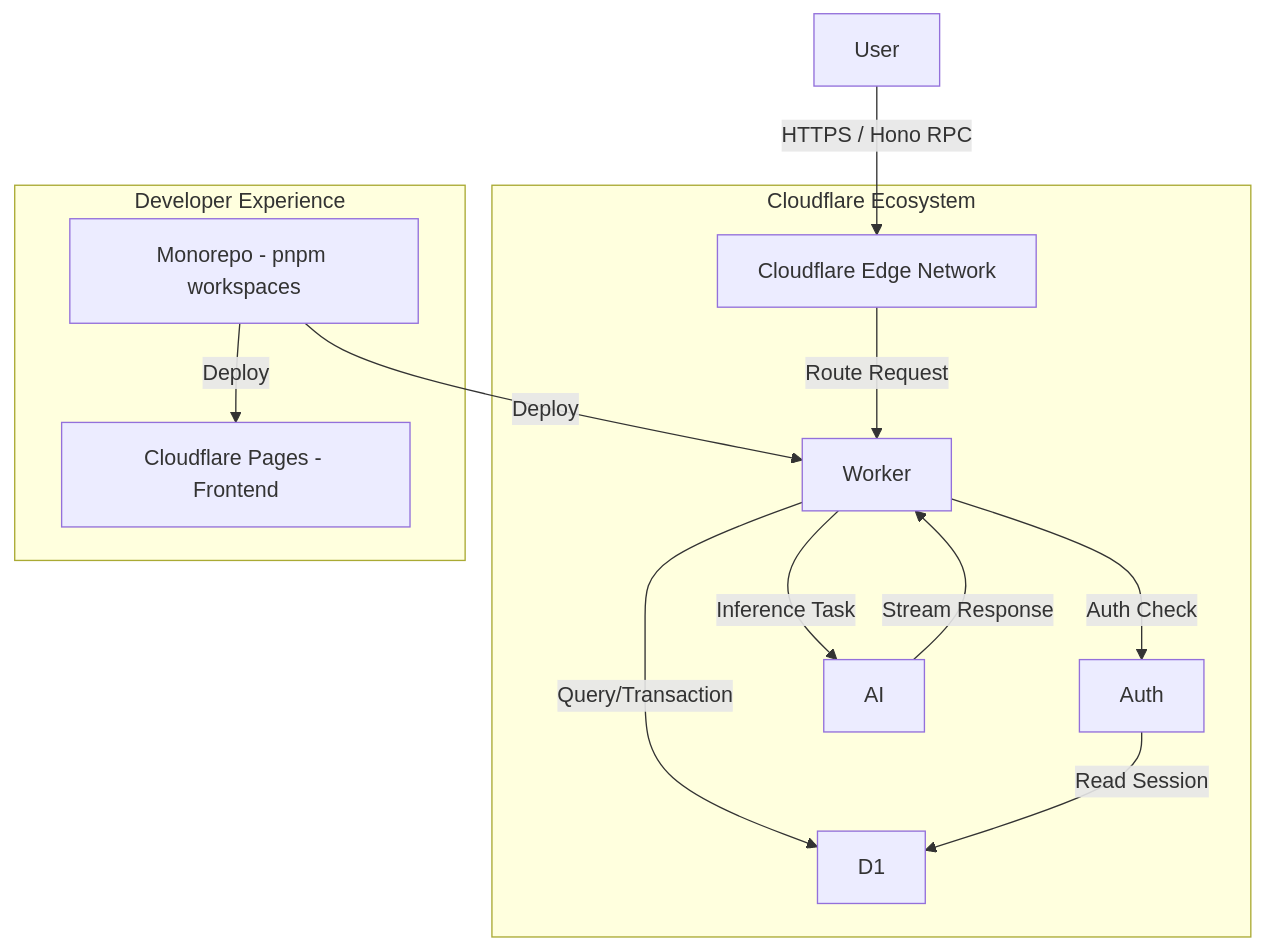
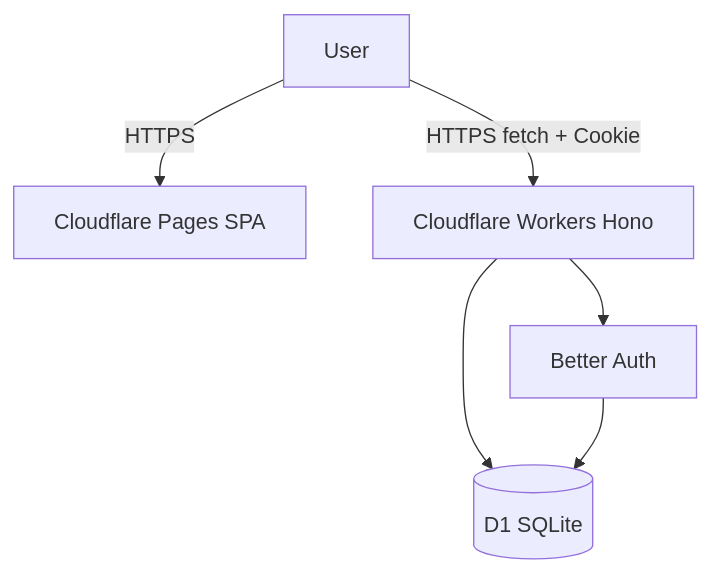
Before and after one commit to nit-zunda-dev/skill-quest-ai: the diagram in docs/architecture/01_アーキテクチャ概要.md, drawn with Mermaid. The commit also changed other lines of this file and 202 other files, not shown here.

````diff
--- a/docs/architecture/01_アーキテクチャ概要.md
+++ b/docs/architecture/01_アーキテクチャ概要.md
@@ -7,20 +7,8 @@
 ```mermaid
 graph TD
-    User -->|HTTPS / Hono RPC| Edge[Cloudflare Edge Network]
-    
-    subgraph "Cloudflare Ecosystem"
-        Edge -->|Route Request| Worker
-        
-        Worker -->|Auth Check| Auth
-        Worker -->|Query/Transaction| D1
-        Worker -->|Inference Task| AI
-        
-        Auth -->|Read Session| D1
-        AI -->|Stream Response| Worker
-    end
-
-    subgraph "Developer Experience"
-        Repo[Monorepo - pnpm workspaces] -->|Deploy| Pages[Cloudflare Pages - Frontend]
-        Repo -->|Deploy| Worker
-    end
+    User[User] -->|HTTPS| Pages[Cloudflare Pages SPA]
+    User -->|HTTPS fetch + Cookie| Worker[Cloudflare Workers Hono]
+    Worker --> Auth[Better Auth]
+    Worker --> D1[(D1 SQLite)]
+    Auth --> D1
 ```
````
